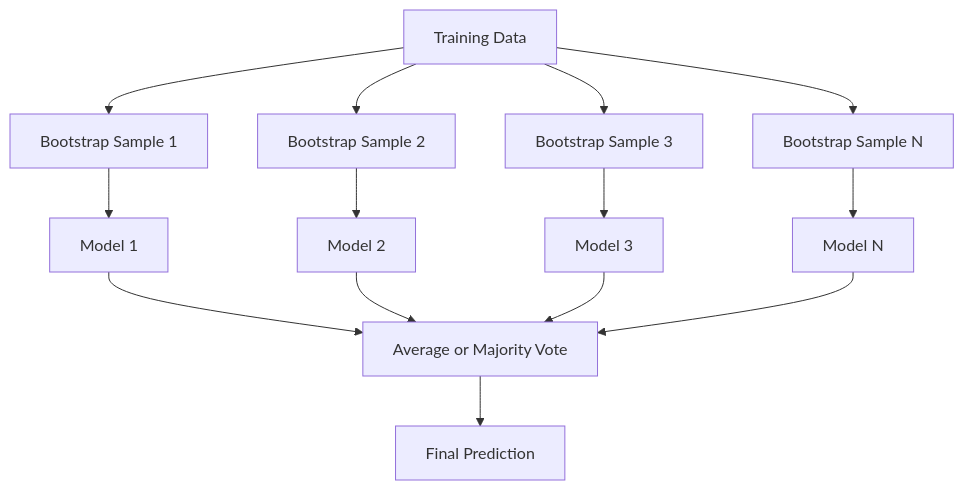
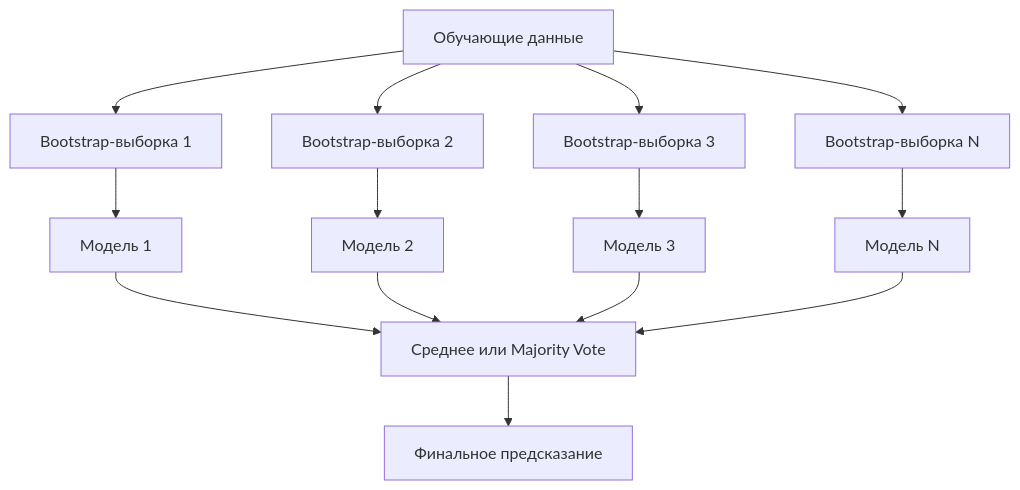
One commit to stabuev/ai-engineering-from-scratch changed the first of 3 diagrams in phases/02-ml-fundamentals/11-ensemble-methods/docs/ru.md. Above: the diagram before and after it, drawn with Mermaid. The commit also changed other lines of this file and 22 other files, not shown here.

````diff
--- a/phases/02-ml-fundamentals/11-ensemble-methods/docs/ru.md
+++ b/phases/02-ml-fundamentals/11-ensemble-methods/docs/ru.md
@@ -46,19 +46,19 @@
 ```mermaid
 flowchart TD
-    D[Training Data] --> B1[Bootstrap Sample 1]
-    D --> B2[Bootstrap Sample 2]
-    D --> B3[Bootstrap Sample 3]
-    D --> BN[Bootstrap Sample N]
+    D[Обучающие данные] --> B1[Bootstrap-выборка 1]
+    D --> B2[Bootstrap-выборка 2]
+    D --> B3[Bootstrap-выборка 3]
+    D --> BN[Bootstrap-выборка N]
 
-    B1 --> M1[Model 1]
-    B2 --> M2[Model 2]
-    B3 --> M3[Model 3]
-    BN --> MN[Model N]
+    B1 --> M1[Модель 1]
+    B2 --> M2[Модель 2]
+    B3 --> M3[Модель 3]
+    BN --> MN[Модель N]
 
-    M1 --> V[Average or Majority Vote]
+    M1 --> V[Среднее или Majority Vote]
     M2 --> V
     M3 --> V
     MN --> V
 
-    V --> P[Final Prediction]
+    V --> P[Финальное предсказание]
 ```
````
